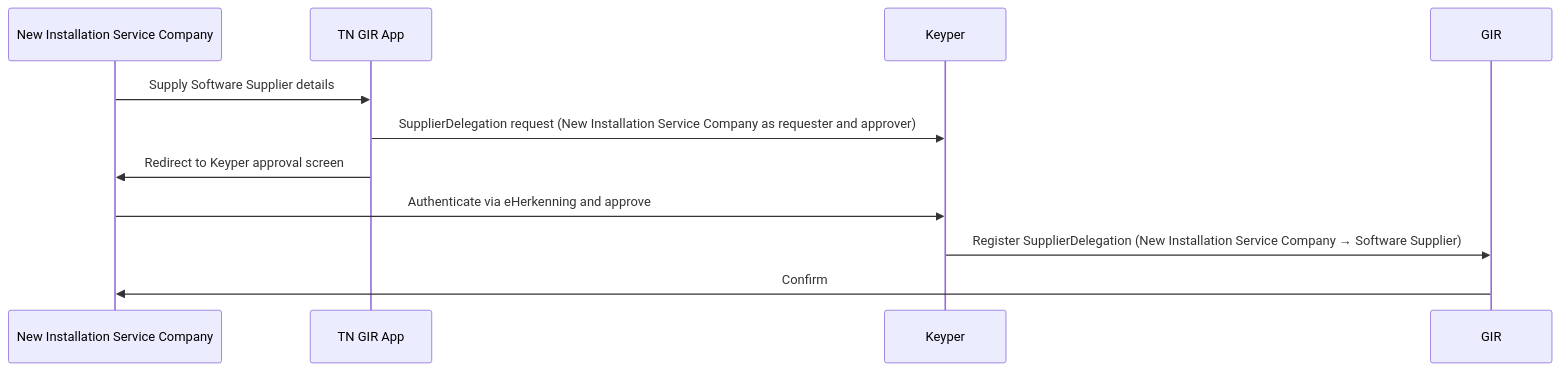
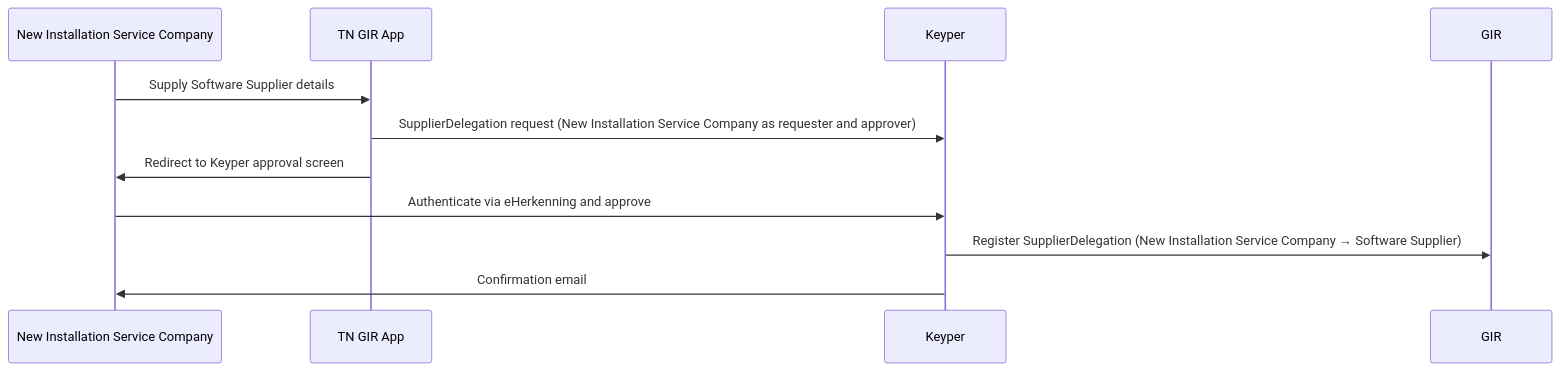
Before and after one commit to POORT8/Poort8.Docs: the diagram in gir/digitaal-onderhoudsboekje-supplier-delegation.md, drawn with Mermaid. The commit also changed other lines of this file and 35 other files, not shown here.

````diff
--- a/gir/digitaal-onderhoudsboekje-supplier-delegation.md
+++ b/gir/digitaal-onderhoudsboekje-supplier-delegation.md
@@ -28,13 +28,13 @@
 ```mermaid
 sequenceDiagram
     participant supplier_delegation_ni as New Installation Service Company
     participant supplier_delegation_app as TN GIR App
     participant supplier_delegation_keyper as Keyper
     participant supplier_delegation_gir as GIR
     supplier_delegation_ni->>supplier_delegation_app: Supply Software Supplier details
     supplier_delegation_app->>supplier_delegation_keyper: SupplierDelegation request (New Installation Service Company as requester and approver)
     supplier_delegation_app->>supplier_delegation_ni: Redirect to Keyper approval screen
     supplier_delegation_ni->>supplier_delegation_keyper: Authenticate via eHerkenning and approve
     supplier_delegation_keyper->>supplier_delegation_gir: Register SupplierDelegation (New Installation Service Company → Software Supplier)
-    supplier_delegation_gir->>supplier_delegation_ni: Confirm
+    supplier_delegation_keyper->>supplier_delegation_ni: Confirmation email
 ```
````
